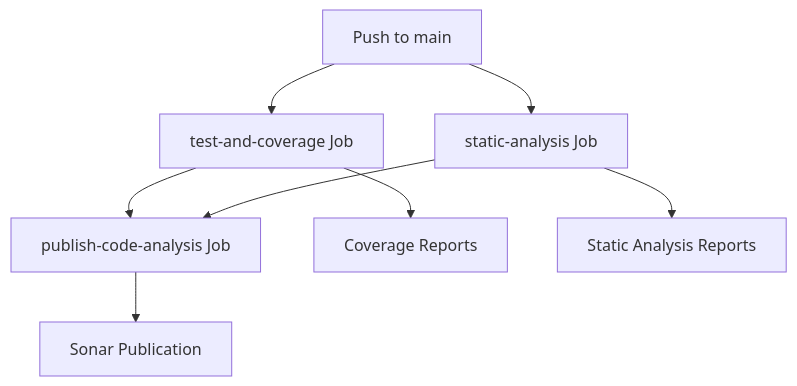
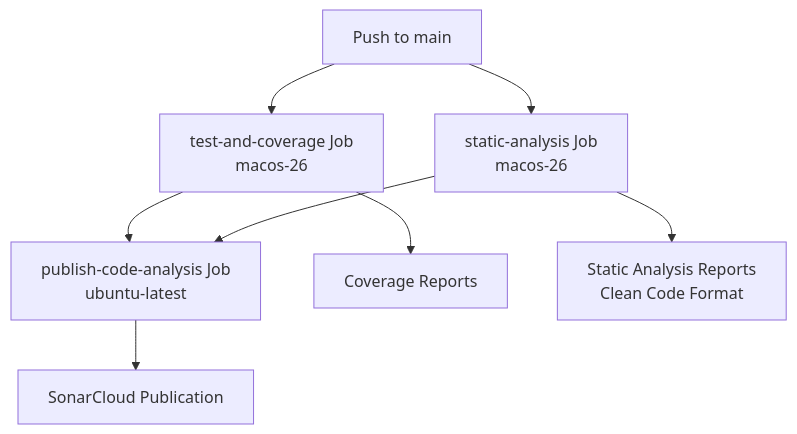
One commit to ericodx/swift-structure changed the first of 2 diagrams in Docs/CI/main-analysis.md. Above: the diagram before and after it, drawn with Mermaid. The commit also changed other lines of this file and 4 other files, not shown here.

````diff
--- a/Docs/CI/main-analysis.md
+++ b/Docs/CI/main-analysis.md
@@ -38,11 +38,11 @@
 ```mermaid
 flowchart TD
-    A[Push to main] --> B[test-and-coverage Job]
-    A --> C[static-analysis Job]
-    B --> D[publish-code-analysis Job]
+    A[Push to main] --> B[test-and-coverage Job<br/>macos-26]
+    A --> C[static-analysis Job<br/>macos-26]
+    B --> D[publish-code-analysis Job<br/>ubuntu-latest]
     C --> D
-    
+
     B --> E[Coverage Reports]
-    C --> F[Static Analysis Reports]
-    D --> G[Sonar Publication]
+    C --> F[Static Analysis Reports<br/>Clean Code Format]
+    D --> G[SonarCloud Publication]
 ```
````
